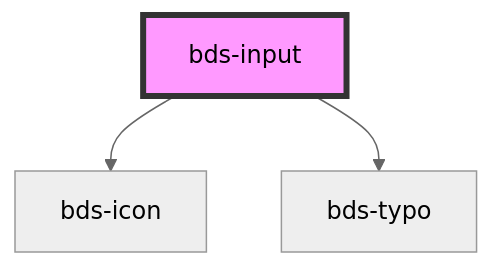
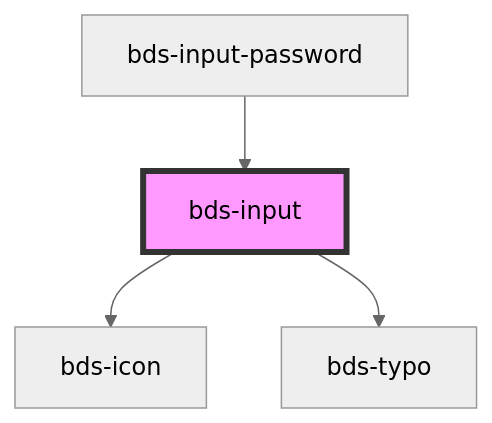
Before and after one commit to takenet/blip-ds: the diagram in src/components/input/readme.md, drawn with Mermaid (neutral theme). The commit also changed other lines of this file and 10 other files, not shown here.

First line of the commit message:
feat(component): create input password

````diff
--- a/src/components/input/readme.md
+++ b/src/components/input/readme.md
@@ -67,6 +70,7 @@
 ```mermaid
 graph TD;
   bds-input --> bds-icon
   bds-input --> bds-typo
+  bds-input-password --> bds-input
   style bds-input fill:#f9f,stroke:#333,stroke-width:4px
 ```
````
